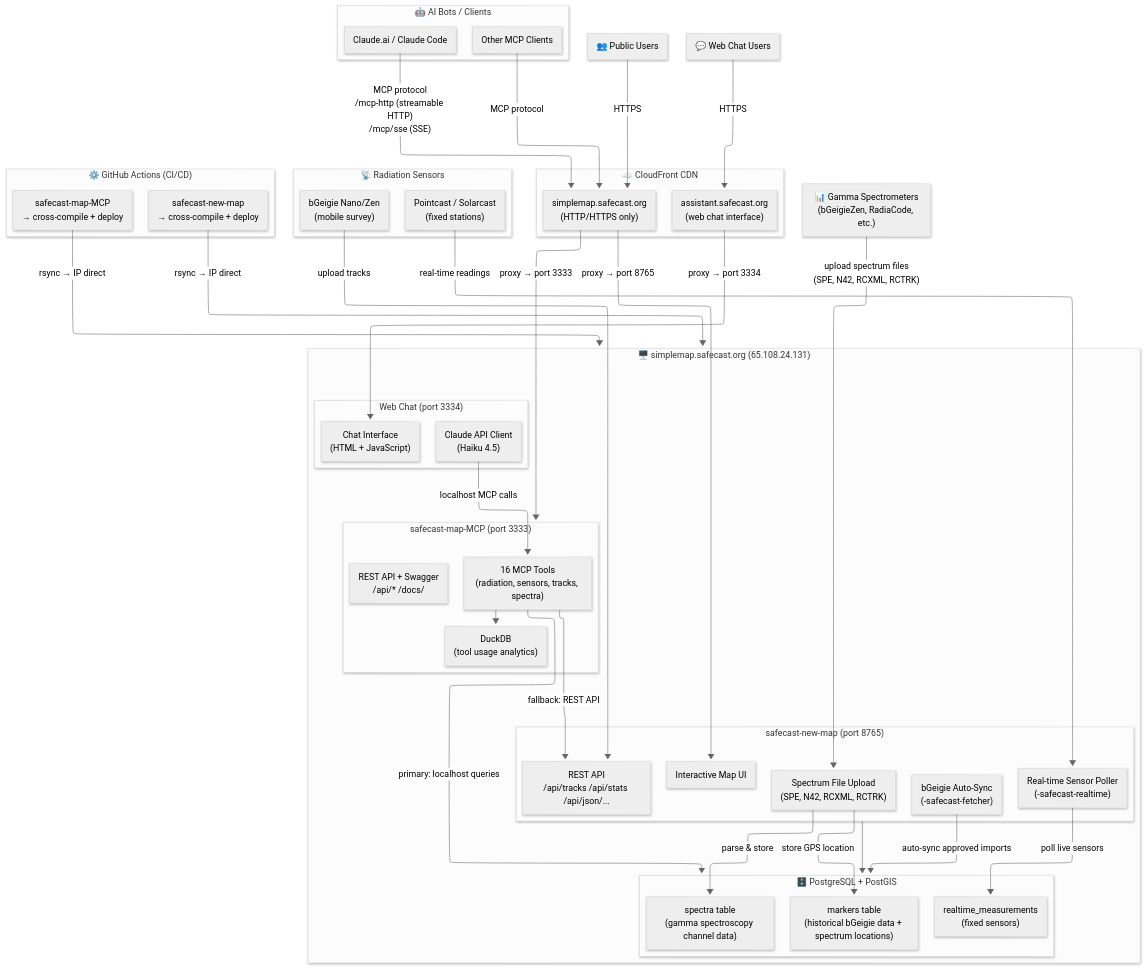
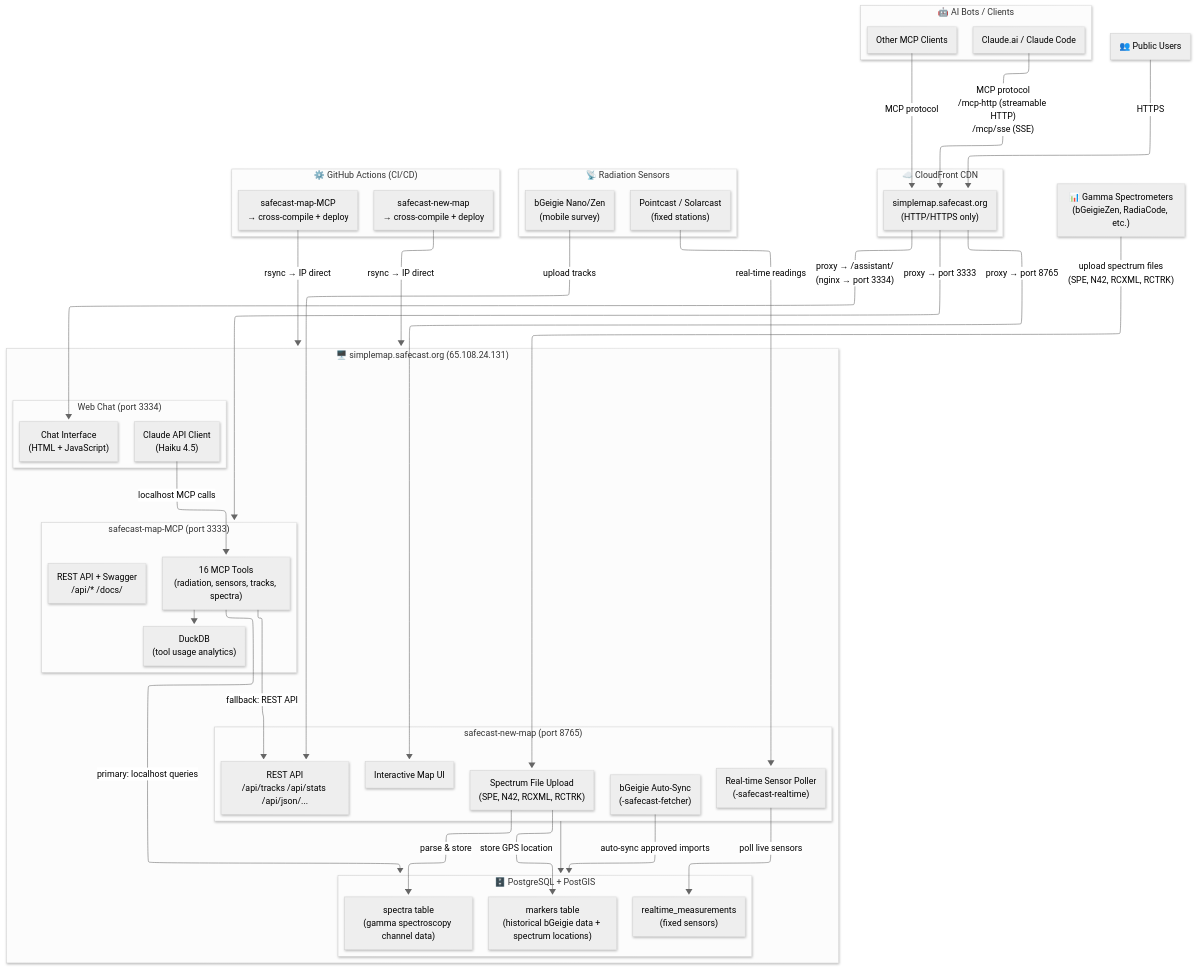
One commit to Safecast/safecast-map-MCP changed the diagram in docs/architecture-diagram.mmd. Above: the diagram before and after it, drawn with Mermaid. The commit also changed 1 other file, not shown here.

Commit message:
docs: Consolidate AI assistant access under `simplemap.safecast.org` via Nginx reverse proxy instead of a separate subdomain. Entire-Checkpoint: 0481df55f17d

```diff
--- a/docs/architecture-diagram.mmd
+++ b/docs/architecture-diagram.mmd
@@ -1,71 +1,69 @@
 ---
 config:
   layout: elk
   theme: neutral
   look: neo
 ---
 flowchart TB
  subgraph AI["🤖 AI Bots / Clients"]
         Claude["Claude.ai / Claude Code"]
         Other["Other MCP Clients"]
   end
  subgraph CDN["☁️ CloudFront CDN"]
         CF["simplemap.safecast.org\n(HTTP/HTTPS only)"]
-        Assistant["assistant.safecast.org\n(web chat interface)"]
   end
  subgraph MCP["safecast-map-MCP (port 3333)"]
         MCPTools["16 MCP Tools\n(radiation, sensors, tracks, spectra)"]
         REST_MCP["REST API + Swagger\n/api/* /docs/"]
         DuckDB["DuckDB\n(tool usage analytics)"]
   end
  subgraph MapServer["safecast-new-map (port 8765)"]
         MapUI["Interactive Map UI"]
         REST_Map["REST API\n/api/tracks /api/stats /api/json/..."]
         Fetcher["bGeigie Auto-Sync\n(-safecast-fetcher)"]
         RTPoller["Real-time Sensor Poller\n(-safecast-realtime)"]
         SpectraUpload["Spectrum File Upload\n(SPE, N42, RCXML, RCTRK)"]
   end
  subgraph DB["🗄️ PostgreSQL + PostGIS"]
         markers["markers table\n(historical bGeigie data + spectrum locations)"]
         realtime["realtime_measurements\n(fixed sensors)"]
         spectra["spectra table\n(gamma spectroscopy channel data)"]
   end
  subgraph WebChat["Web Chat (port 3334)"]
         ChatUI["Chat Interface\n(HTML + JavaScript)"]
         ClaudeAPI["Claude API Client\n(Haiku 4.5)"]
   end
  subgraph Server["🖥️ simplemap.safecast.org (65.108.24.131)"]
         MCP
         MapServer
         WebChat
         DB
   end
  subgraph Devices["📡 Radiation Sensors"]
         bGeigie["bGeigie Nano/Zen\n(mobile survey)"]
         Fixed["Pointcast / Solarcast\n(fixed stations)"]
   end
  subgraph CICD["⚙️ GitHub Actions (CI/CD)"]
         GH_MCP["safecast-map-MCP\n→ cross-compile + deploy"]
         GH_Map["safecast-new-map\n→ cross-compile + deploy"]
   end
     MCPTools --> DuckDB
     MCPTools -- primary: localhost queries --> DB
     MapServer --> DB
     Fetcher -- "auto-sync approved imports" --> DB
     RTPoller -- poll live sensors --> realtime
     Claude -- "MCP protocol\n/mcp-http (streamable HTTP)\n/mcp/sse (SSE)" --> CF
     Other -- MCP protocol --> CF
     CF -- proxy → port 3333 --> MCP
     MCPTools -- fallback: REST API --> REST_Map
     Users["👥 Public Users"] -- HTTPS --> CF
-    CF -- proxy → port 8765 --> MapUI
-    WebUsers["💬 Web Chat Users"] -- HTTPS --> Assistant
-    Assistant -- proxy → port 3334 --> ChatUI
+    CF -- "proxy → port 8765" --> MapUI
+    CF -- "proxy → /assistant/\n(nginx → port 3334)" --> ChatUI
     ClaudeAPI -- "localhost MCP calls" --> MCPTools
     bGeigie -- upload tracks --> REST_Map
     Fixed -- "real-time readings" --> RTPoller
     Spectrometers["📊 Gamma Spectrometers\n(bGeigieZen, RadiaCode, etc.)"] -- "upload spectrum files\n(SPE, N42, RCXML, RCTRK)" --> SpectraUpload
     SpectraUpload -- "parse & store" --> spectra
     SpectraUpload -- "store GPS location" --> markers
     GH_MCP -- rsync → IP direct --> Server
     GH_Map -- rsync → IP direct --> Server
```
